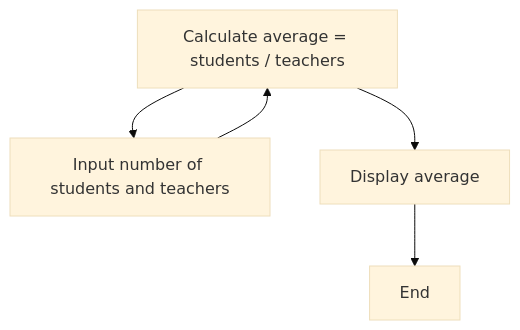
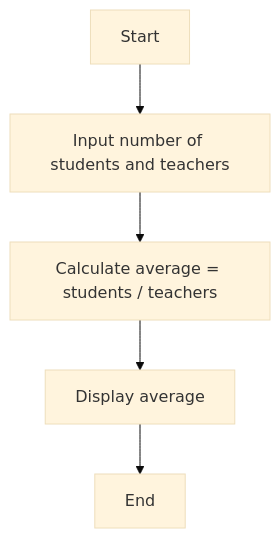
The diagram in EX1.md (zmef/cplusplus), drawn with Mermaid (base theme) before and after one commit. The commit also changed other lines of this file, not shown here.

````diff
--- a/EX1.md
+++ b/EX1.md
@@ -1,7 +1,7 @@
 ```mermaid
 flowchart TD;
-    C(Start) --> B[Input number of students and teachers];
+    A[Start] --> B[Input number of students and teachers];
     B --> C[Calculate average = students / teachers];
     C --> D[Display average];
     D --> E[End];
 ```
````
